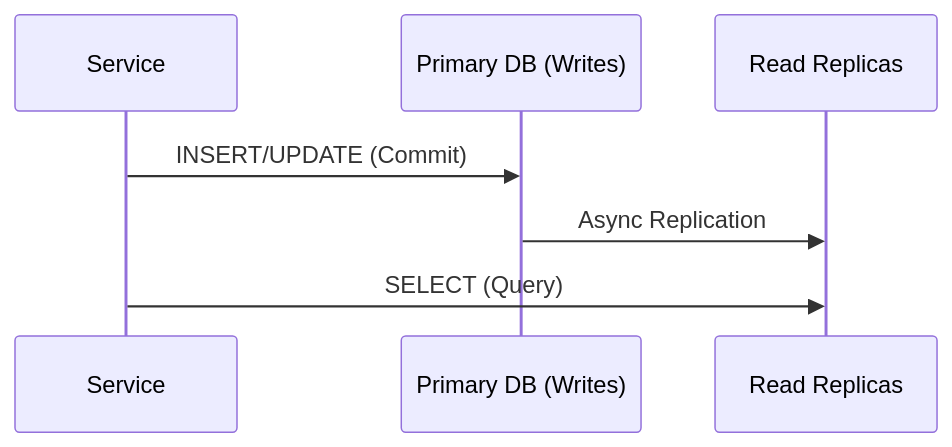
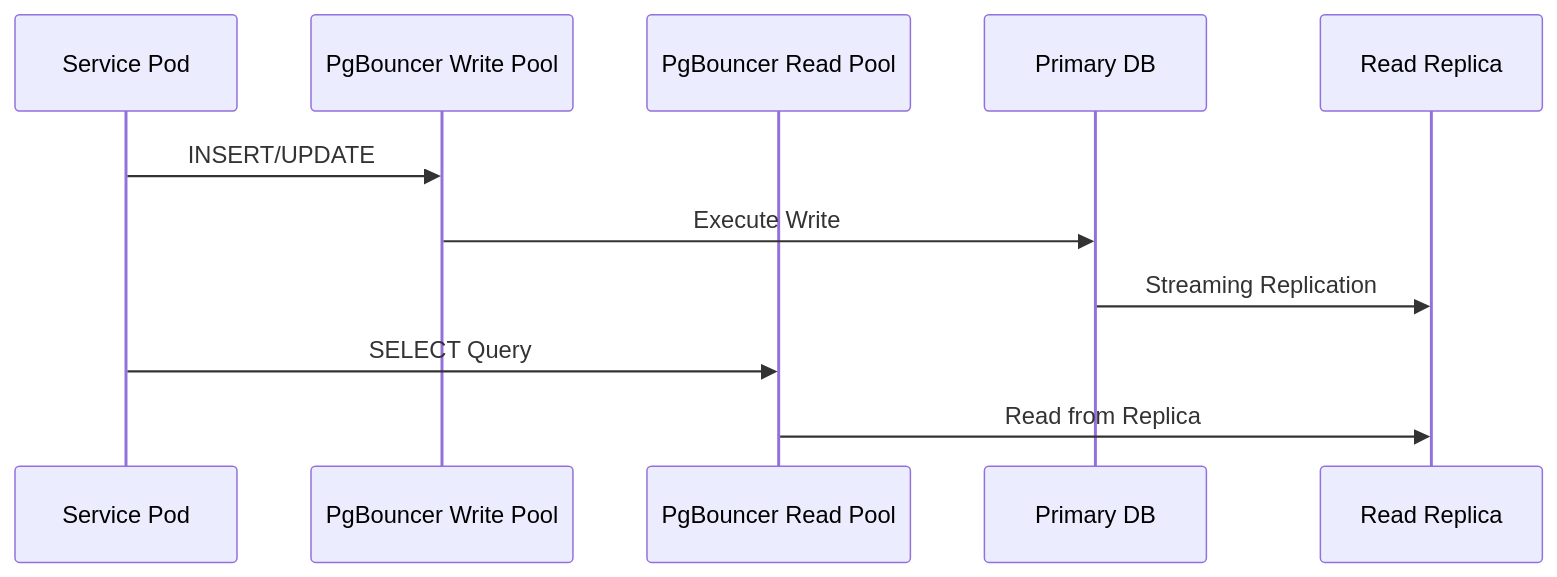
One commit to RajdeepDevelopment/skyline-shop-commerceos-microservices changed the second of 2 diagrams in docs/infrastructure/scaling-and-sharding.md. Above: the diagram before and after it, drawn with Mermaid. The commit also changed other lines of this file and 47 other files, not shown here.

````diff
--- a/docs/infrastructure/scaling-and-sharding.md
+++ b/docs/infrastructure/scaling-and-sharding.md
@@ -51,10 +181,14 @@
 ```mermaid
 sequenceDiagram
-    participant S as Service
-    participant P as Primary DB (Writes)
-    participant R as Read Replicas
+    participant S as Service Pod
+    participant PB_W as PgBouncer Write Pool
+    participant PB_R as PgBouncer Read Pool
+    participant Pri as Primary DB
+    participant Rep as Read Replica
 
-    S->>P: INSERT/UPDATE (Commit)
-    P->>R: Async Replication
-    S->>R: SELECT (Query)
+    S->>PB_W: INSERT/UPDATE
+    PB_W->>Pri: Execute Write
+    Pri->>Rep: Streaming Replication
+    S->>PB_R: SELECT Query
+    PB_R->>Rep: Read from Replica
 ```
````
